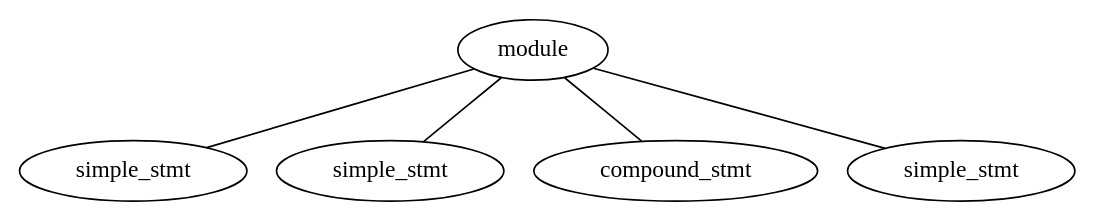
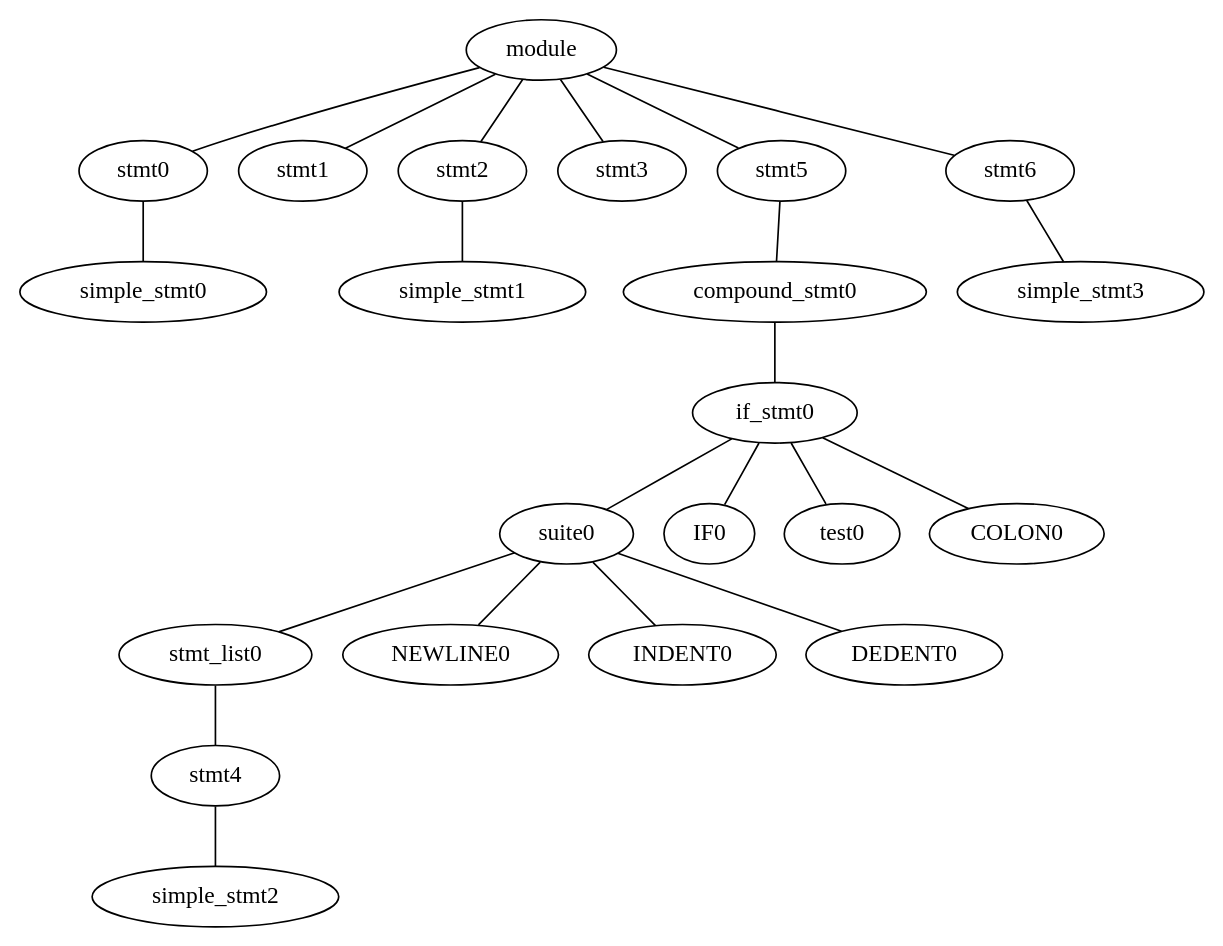
Before and after one commit to Eswar-13/Python_Compiler: the diagram in out.dot, drawn with Graphviz. The commit also changed 7 other files, not shown here.

```diff
--- a/out.dot
+++ b/out.dot
@@ -1,7 +1,23 @@
 Graph {
-module -- stmt0; stmt0[label="simple_stmt"];
-module -- stmt2; stmt2[label="simple_stmt"];
-module -- stmt4; stmt4[label="compound_stmt"];
-module -- stmt5; stmt5[label="simple_stmt"];
-module;
+stmt0--simple_stmt0;
+module--stmt0;
+module--stmt1;
+stmt2--simple_stmt1;
+module--stmt2;
+module--stmt3;
+stmt4--simple_stmt2;
+stmt_list0--stmt4;
+suite0--NEWLINE0;
+suite0--INDENT0;
+suite0--stmt_list0;
+suite0--DEDENT0;
+if_stmt0--IF0;
+if_stmt0--test0;
+if_stmt0--COLON0;
+if_stmt0--suite0;
+compound_stmt0--if_stmt0;
+stmt5--compound_stmt0;
+module--stmt5;
+stmt6--simple_stmt3;
+module--stmt6;
 }
```
